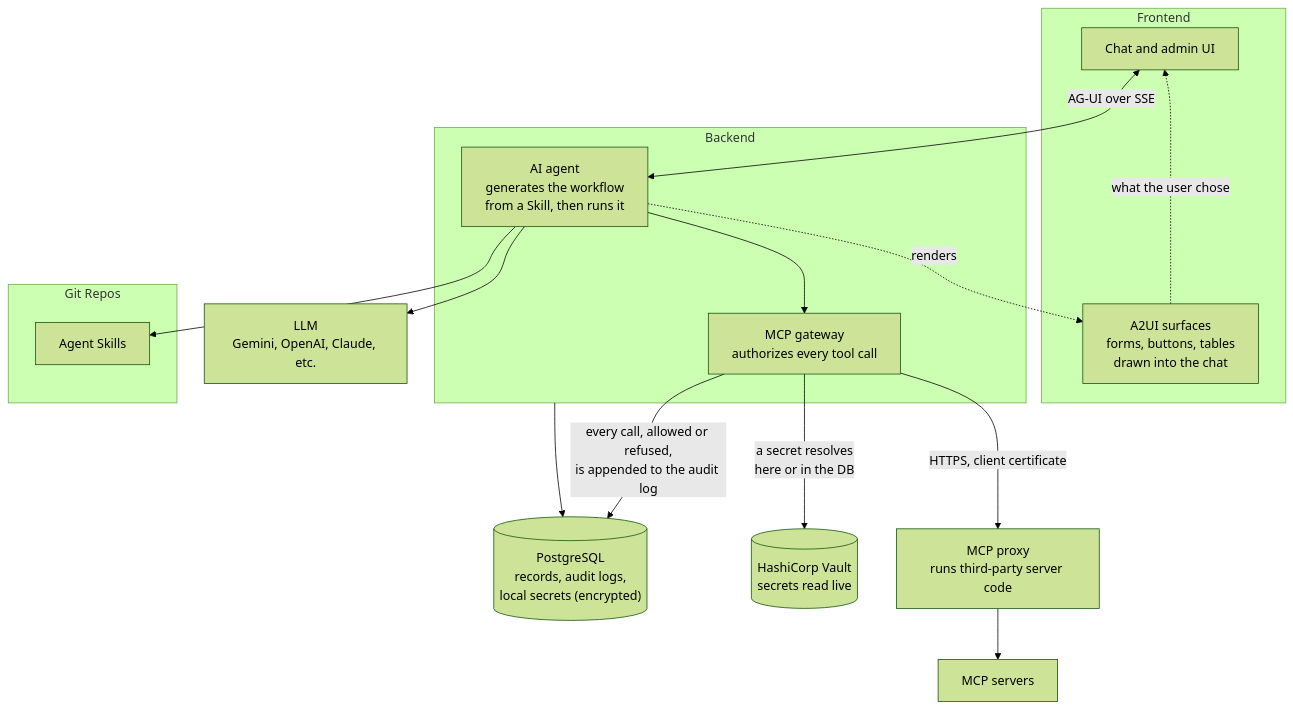
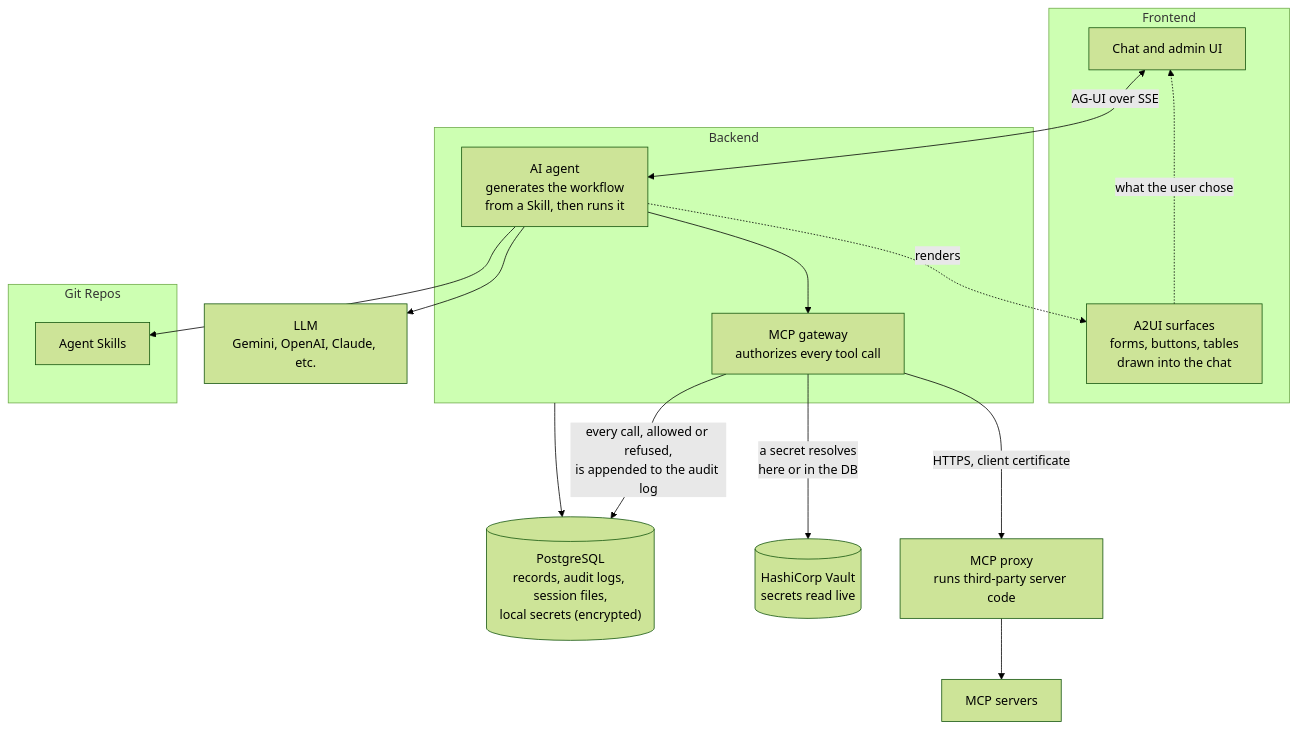
The diagram in README.md (kaitoy/a2flow), drawn with Mermaid (forest theme) before and after one commit. The commit also changed 44 other files, not shown here.

````diff
--- a/README.md
+++ b/README.md
@@ -30,34 +30,34 @@
 ```mermaid
 flowchart TD
   subgraph FE["Frontend"]
     UI["Chat and admin UI"]
     A2["A2UI surfaces<br/>forms, buttons, tables<br/>drawn into the chat"]
   end
 
   subgraph BE["Backend"]
     AG["AI agent<br/>generates the workflow<br/>from a Skill, then runs it"]
     GW["MCP gateway<br/>authorizes every tool call"]
     AG --> GW
   end
 
   subgraph GR["Git Repos"]
     AS["Agent Skills"]
   end
 
   LLM["LLM<br/>Gemini, OpenAI, Claude, etc."]
-  DB[("PostgreSQL<br/>records, audit logs,<br/>local secrets (encrypted)")]
+  DB[("PostgreSQL<br/>records, audit logs, session files,<br/>local secrets (encrypted)")]
   V[("HashiCorp Vault<br/>secrets read live")]
   PX["MCP proxy<br/>runs third-party server code"]
   MS["MCP servers"]
 
   AG --> AS
   UI <-->|"AG-UI over SSE"| AG
   AG -.->|"renders"| A2
   AG --> LLM
   A2 -.->|"what the user chose"| UI
   BE --> DB
   GW -->|"a secret resolves<br/>here or in the DB"| V
   GW -->|"every call, allowed or refused,<br/>is appended to the audit log"| DB
   GW -->|"HTTPS, client certificate"| PX
   PX --> MS
 ```
````
